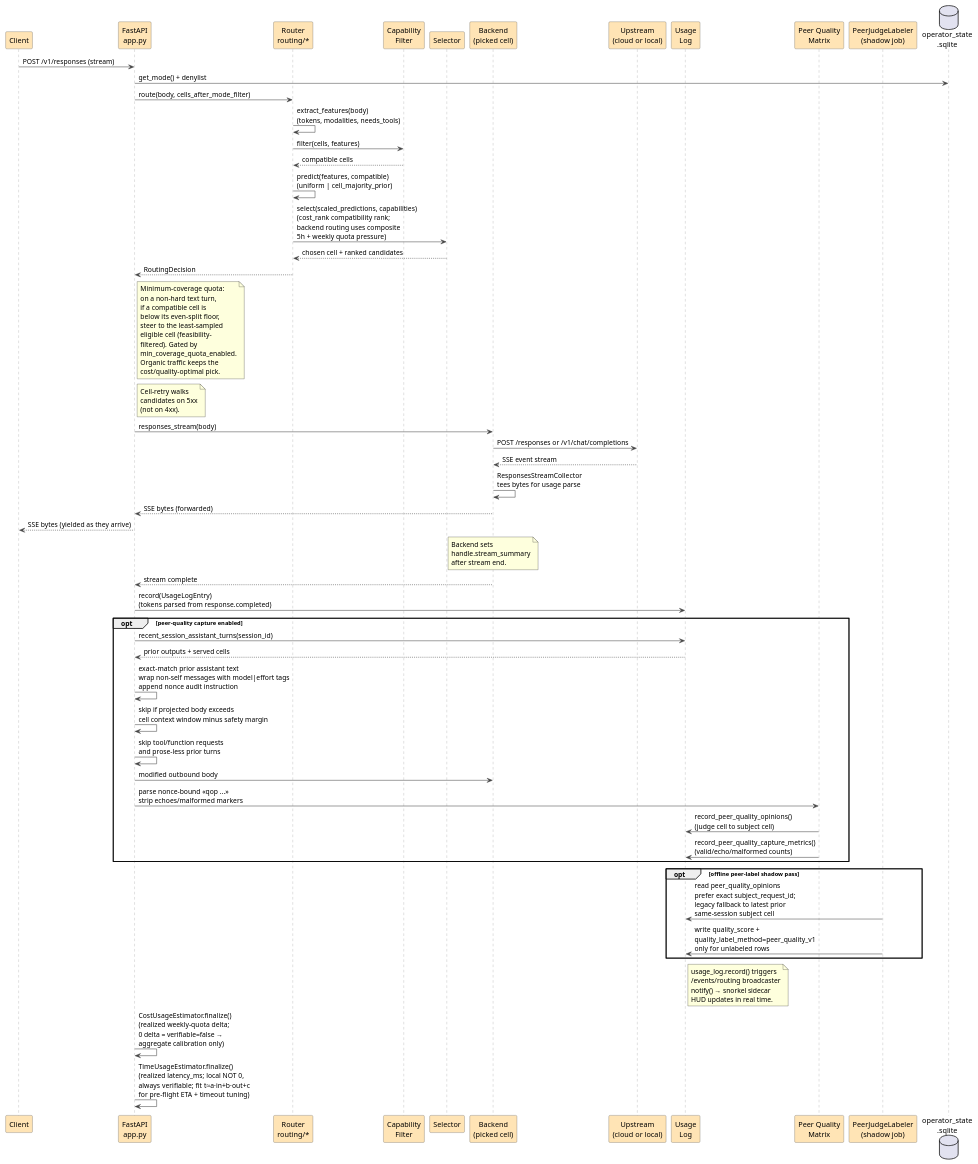
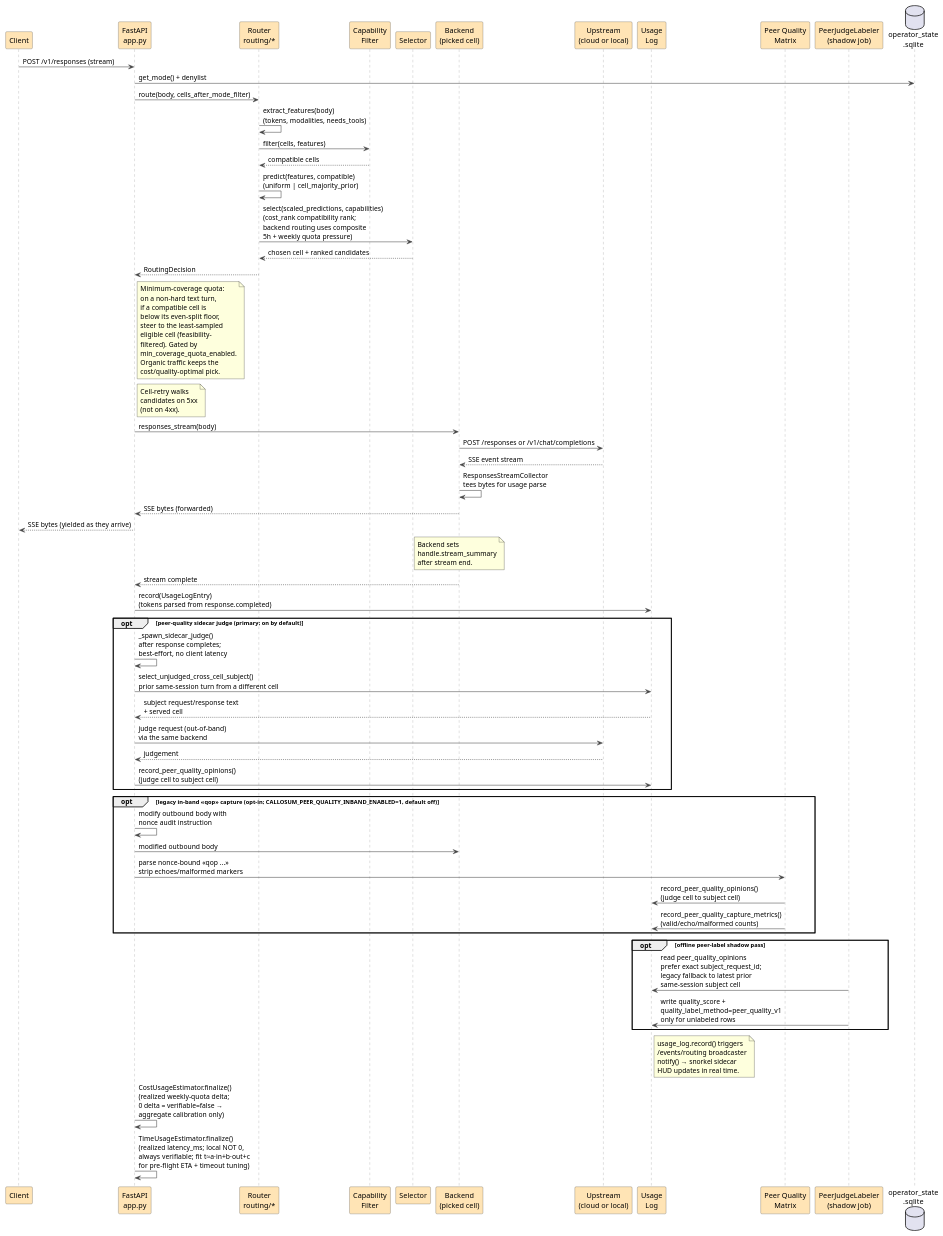
The diagram in docs/architecture/request_lifecycle.puml (rohankhanna/callosum), drawn with PlantUML before and after one commit. The commit also changed 95 other files, not shown here.

```diff
--- a/docs/architecture/request_lifecycle.puml
+++ b/docs/architecture/request_lifecycle.puml
@@ -1,104 +1,109 @@
 @startuml request_lifecycle
 ' Callosum request lifecycle — what happens between a client POST and
 ' the streamed response, including the parts the operator surfaces in
 ' callosum-ctl / snorkel / /events/routing care about.
 '
 ' This is a sequence at the process-internal level — not API contracts.
 
 skinparam backgroundColor #FFFFFF
 skinparam defaultFontName "Helvetica"
 skinparam shadowing false
 skinparam sequence {
   ArrowColor #444444
   LifeLineBorderColor #888888
   ParticipantBorderColor #444444
   ParticipantBackgroundColor #FFE4B5
   ParticipantFontColor #000000
 }
 
 participant "Client" as C
 participant "FastAPI\napp.py" as App
 participant "Router\nrouting/*" as R
 participant "Capability\nFilter" as CF
 participant "Selector" as S
 participant "Backend\n(picked cell)" as B
 participant "Upstream\n(cloud or local)" as U
 participant "Usage\nLog" as UL
 participant "Peer Quality\nMatrix" as PQ
 participant "PeerJudgeLabeler\n(shadow job)" as PJ
 database "operator_state\n.sqlite" as OS
 
 C -> App : POST /v1/responses (stream)
 App -> OS : get_mode() + denylist
 App -> R : route(body, cells_after_mode_filter)
 R -> R : extract_features(body)\n(tokens, modalities, needs_tools)
 R -> CF : filter(cells, features)
 CF --> R : compatible cells
 R -> R : predict(features, compatible)\n(uniform | cell_majority_prior)
 R -> S : select(scaled_predictions, capabilities)\n(cost_rank compatibility rank;\nbackend routing uses composite\n5h + weekly quota pressure)
 S --> R : chosen cell + ranked candidates
 R --> App : RoutingDecision
 
 note right of App
   Minimum-coverage quota:
   on a non-hard text turn,
   if a compatible cell is
   below its even-split floor,
   steer to the least-sampled
   eligible cell (feasibility-
   filtered). Gated by
   min_coverage_quota_enabled.
   Organic traffic keeps the
   cost/quality-optimal pick.
 end note
 
 note right of App
   Cell-retry walks
   candidates on 5xx
   (not on 4xx).
 end note
 
 App -> B : responses_stream(body)
 B -> U : POST /responses or /v1/chat/completions
 U --> B : SSE event stream
 B -> B : ResponsesStreamCollector\ntees bytes for usage parse
 B --> App : SSE bytes (forwarded)
 App --> C : SSE bytes (yielded as they arrive)
 
 note over B
   Backend sets
   handle.stream_summary
   after stream end.
 end note
 
 B --> App : stream complete
 App -> UL : record(UsageLogEntry)\n(tokens parsed from response.completed)
 
-opt peer-quality capture enabled
-  App -> UL : recent_session_assistant_turns(session_id)
-  UL --> App : prior outputs + served cells
-  App -> App : exact-match prior assistant text\nwrap non-self messages with model|effort tags\nappend nonce audit instruction
-  App -> App : skip if projected body exceeds\ncell context window minus safety margin
-  App -> App : skip tool/function requests\nand prose-less prior turns
+opt peer-quality sidecar judge (primary; on by default)
+  App -> App : _spawn_sidecar_judge()\nafter response completes;\nbest-effort, no client latency
+  App -> UL : select_unjudged_cross_cell_subject()\nprior same-session turn from a different cell
+  UL --> App : subject request/response text\n+ served cell
+  App -> U : judge request (out-of-band)\nvia the same backend
+  U --> App : judgement
+  App -> UL : record_peer_quality_opinions()\n(judge cell to subject cell)
+end
+
+opt legacy in-band <<qop>> capture (opt-in; CALLOSUM_PEER_QUALITY_INBAND_ENABLED=1, default off)
+  App -> App : modify outbound body with\nnonce audit instruction
   App -> B : modified outbound body
   App -> PQ : parse nonce-bound <<qop ...>>\nstrip echoes/malformed markers
   PQ -> UL : record_peer_quality_opinions()\n(judge cell to subject cell)
   PQ -> UL : record_peer_quality_capture_metrics()\n(valid/echo/malformed counts)
 end
 
 opt offline peer-label shadow pass
   PJ -> UL : read peer_quality_opinions\nprefer exact subject_request_id;\nlegacy fallback to latest prior\nsame-session subject cell
   PJ -> UL : write quality_score +\nquality_label_method=peer_quality_v1\nonly for unlabeled rows
 end
 
 note right of UL
   usage_log.record() triggers
   /events/routing broadcaster
   notify() → snorkel sidecar
   HUD updates in real time.
 end note
 
 App -> App : CostUsageEstimator.finalize()\n(realized weekly-quota delta;\n0 delta = verifiable=false →\naggregate calibration only)
 App -> App : TimeUsageEstimator.finalize()\n(realized latency_ms; local NOT 0,\nalways verifiable; fit t≈a·in+b·out+c\nfor pre-flight ETA + timeout tuning)
 
 @enduml
```
